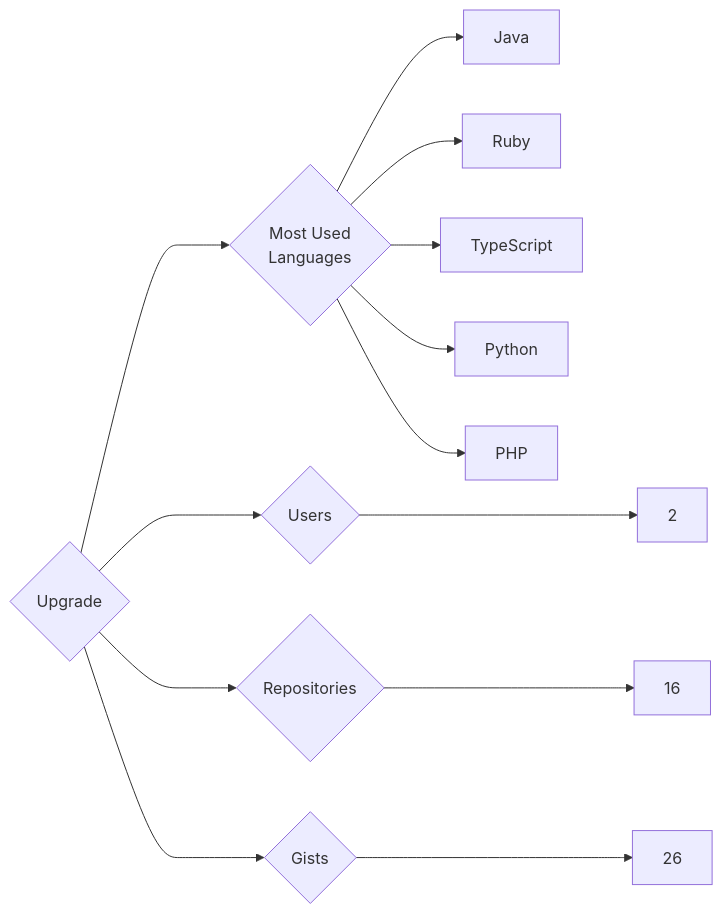
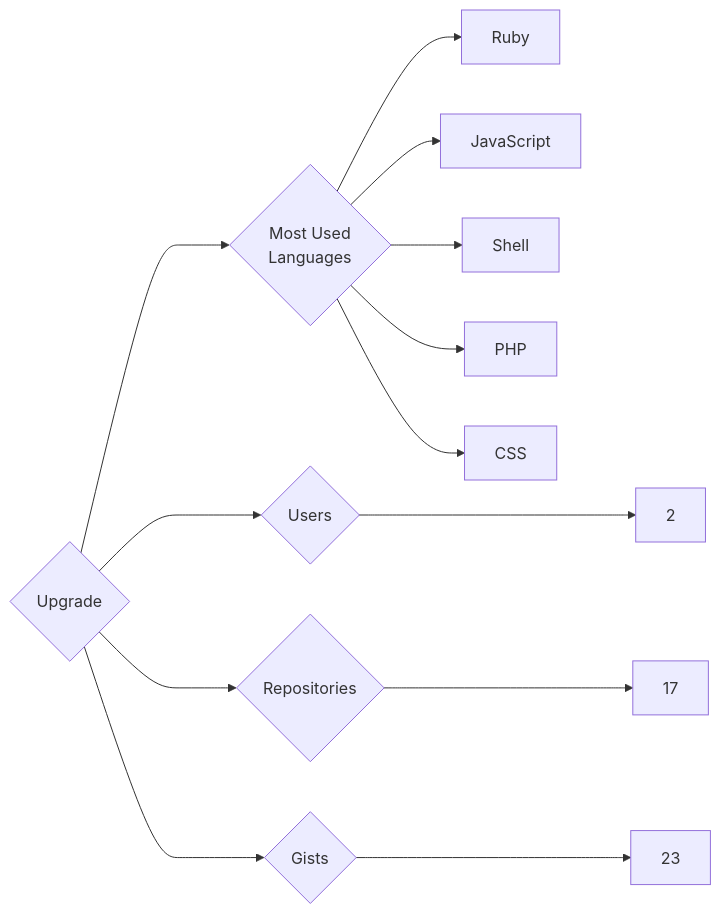
One commit to trickest/insiders changed the diagram in targets/Upgrade/README.md. Above: the diagram before and after it, drawn with Mermaid. The commit also changed 970 other files, not shown here.

````diff
--- a/targets/Upgrade/README.md
+++ b/targets/Upgrade/README.md
@@ -3,13 +3,13 @@
 ```mermaid
 graph LR
 COMPANY_NAME{Upgrade}
 COMPANY_NAME ---> U{Users} ---> UN[2]
-COMPANY_NAME ---> R{Repositories} ---> RN[16]
-COMPANY_NAME ---> G{Gists} ---> GN[26]
+COMPANY_NAME ---> R{Repositories} ---> RN[17]
+COMPANY_NAME ---> G{Gists} ---> GN[23]
 COMPANY_NAME ---> ML{Most Used<br>Languages}
-ML --> Java[Java]
 ML --> Ruby[Ruby]
-ML --> TypeScript[TypeScript]
-ML --> Python[Python]
+ML --> JavaScript[JavaScript]
+ML --> Shell[Shell]
 ML --> PHP[PHP]
+ML --> CSS[CSS]
 ```
````
